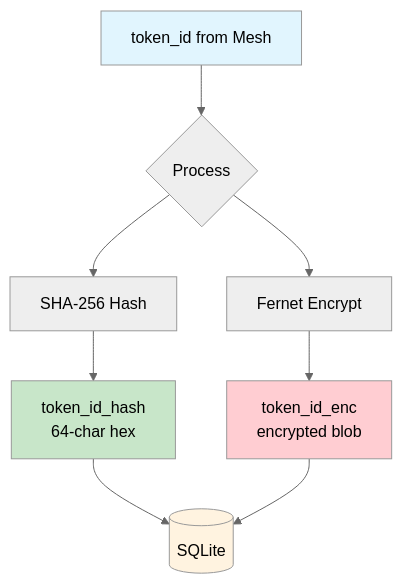
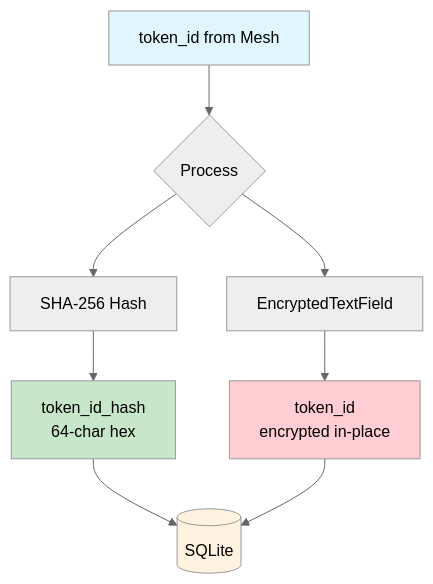
The first of 5 diagrams in docs/PLAN_MMT_ENCRYPTION.md (bp-ventures/meshc), drawn with Mermaid (neutral theme) before and after one commit. The commit also changed other lines of this file, not shown here.

Commit message:
Simplify MMT encryption: in-place field type change, 2 migrations

````diff
--- a/docs/PLAN_MMT_ENCRYPTION.md
+++ b/docs/PLAN_MMT_ENCRYPTION.md
@@ -40,15 +40,15 @@
 ```mermaid
 flowchart TD
     A[token_id from Mesh] --> B{Process}
     B --> C[SHA-256 Hash]
-    B --> D[Fernet Encrypt]
+    B --> D[EncryptedTextField]
     C --> E[token_id_hash<br/>64-char hex]
-    D --> F[token_id_enc<br/>encrypted blob]
+    D --> F[token_id<br/>encrypted in-place]
     E --> G[(SQLite)]
     F --> G
 
     style A fill:#e1f5fe
     style G fill:#fff3e0
     style E fill:#c8e6c9
     style F fill:#ffcdd2
 ```
````
